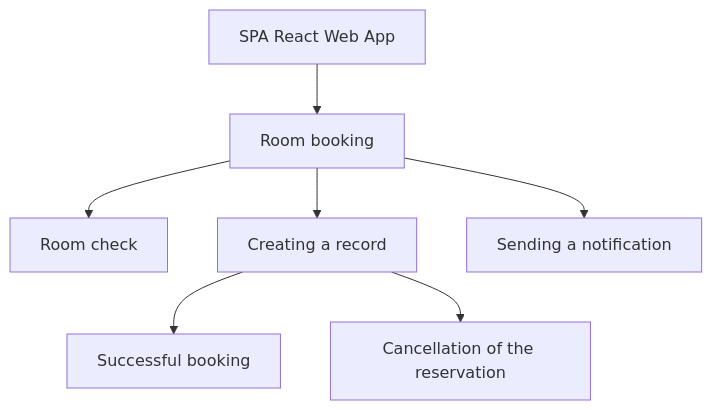
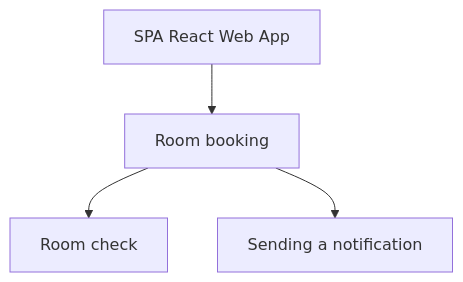
Before and after one commit to sinitsina098-hash/practice_2026: the diagram in arkhitekturnye-kata/sistema-onlayn-prodazhi-biletov-dlya-quickti/shablon-5.mermaid, drawn with Mermaid. The commit also changed 2 other files, not shown here.

```diff
--- a/arkhitekturnye-kata/sistema-onlayn-prodazhi-biletov-dlya-quickti/shablon-5.mermaid
+++ b/arkhitekturnye-kata/sistema-onlayn-prodazhi-biletov-dlya-quickti/shablon-5.mermaid
@@ -1,7 +1,4 @@
 graph TD
     WEB["SPA React Web App"] --> MONOLITH["Room booking"]
     MONOLITH --> TASK2["Room check"]
-    MONOLITH --> TASK3["Creating a record"]
-    TASK3 --> T2_1["Successful booking"]
-    TASK3 --> T2_2["Cancellation of the reservation"]
     MONOLITH --> TASK4["Sending a notification"]
```
